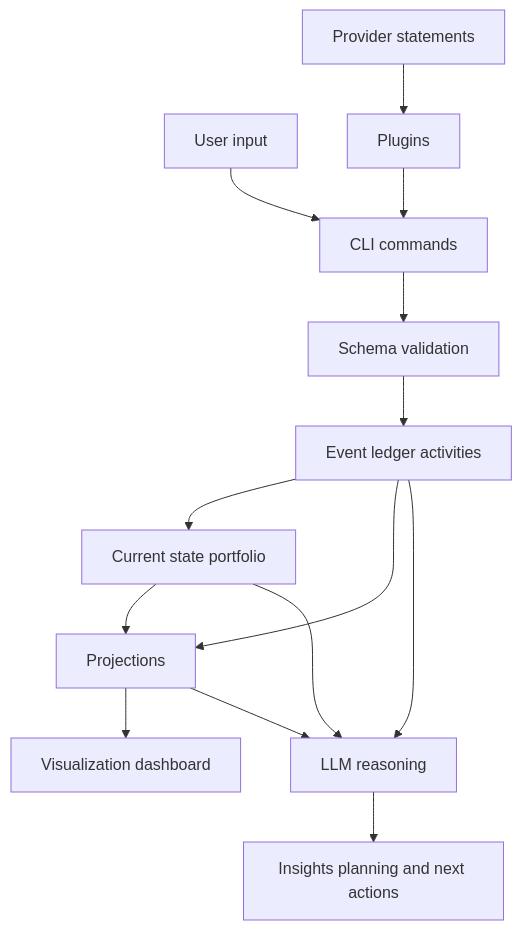
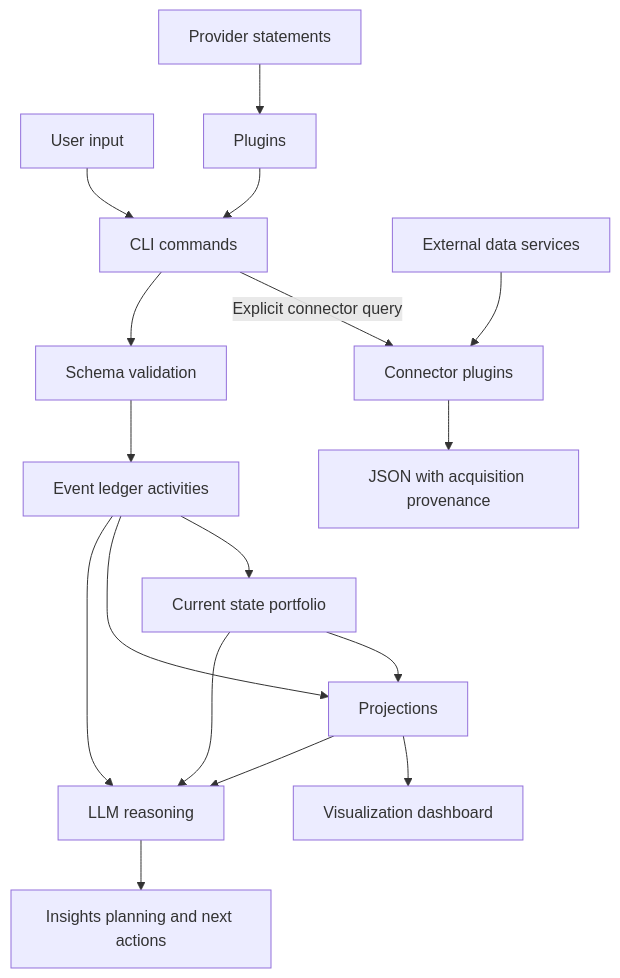
One commit to ricardocabral/rikdom changed the diagram in README.md. Above: the diagram before and after it, drawn with Mermaid. The commit also changed other lines of this file and 7 other files, not shown here.

Commit message:
docs: document external data connectors and brapi usage

````diff
--- a/README.md
+++ b/README.md
@@ -63,19 +65,23 @@
 ```mermaid
 flowchart TD
   U["User input"] --> C["CLI commands"]
   S["Provider statements"] --> P["Plugins"]
   P --> C
+
+  D["External data services"] --> DC["Connector plugins"]
+  C -->|Explicit connector query| DC
+  DC --> Q["JSON with acquisition provenance"]
 
   C --> V["Schema validation"]
   V --> E["Event ledger activities"]
   E --> T["Current state portfolio"]
   E --> R["Projections"]
   T --> R
 
   R --> Z["Visualization dashboard"]
   E --> L["LLM reasoning"]
   R --> L
   T --> L
 
   L --> A["Insights planning and next actions"]
 ```
````
